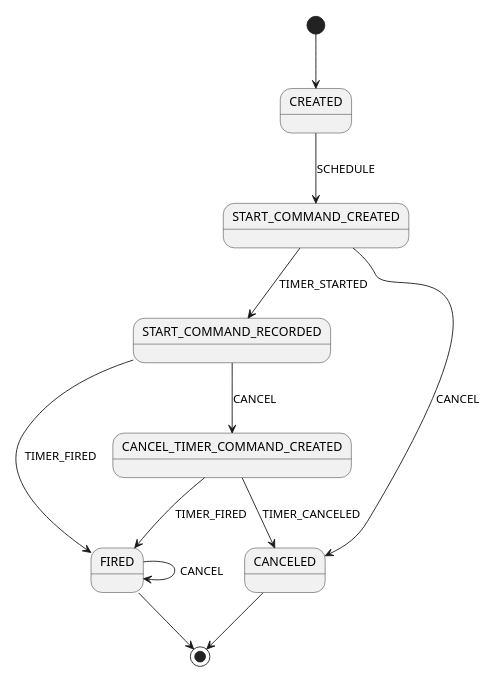
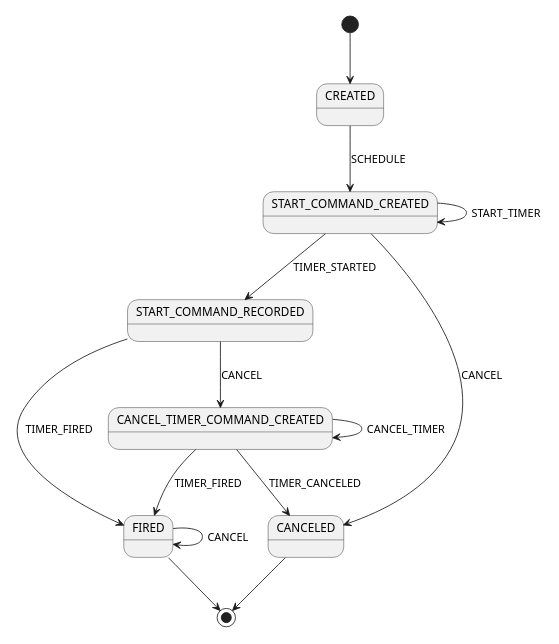
One commit to mfateev/temporal-java-sdk changed the diagram in src/main/java/io/temporal/internal/csm/TimerCommands.puml. Above: the diagram before and after it, drawn with PlantUML. The commit also changed 35 other files, not shown here.

```diff
--- a/src/main/java/io/temporal/internal/csm/TimerCommands.puml
+++ b/src/main/java/io/temporal/internal/csm/TimerCommands.puml
@@ -21,14 +21,16 @@
 @startuml
 scale 350 width
 [*] --> CREATED
 CREATED --> START_COMMAND_CREATED: SCHEDULE
+START_COMMAND_CREATED --> START_COMMAND_CREATED: START_TIMER
 START_COMMAND_CREATED --> START_COMMAND_RECORDED: TIMER_STARTED
 START_COMMAND_CREATED --> CANCELED: CANCEL
 START_COMMAND_RECORDED --> FIRED: TIMER_FIRED
 START_COMMAND_RECORDED --> CANCEL_TIMER_COMMAND_CREATED: CANCEL
 CANCEL_TIMER_COMMAND_CREATED --> CANCELED: TIMER_CANCELED
+CANCEL_TIMER_COMMAND_CREATED --> CANCEL_TIMER_COMMAND_CREATED: CANCEL_TIMER
 CANCEL_TIMER_COMMAND_CREATED --> FIRED: TIMER_FIRED
 FIRED --> FIRED: CANCEL
 FIRED --> [*]
 CANCELED --> [*]
 @enduml
```
